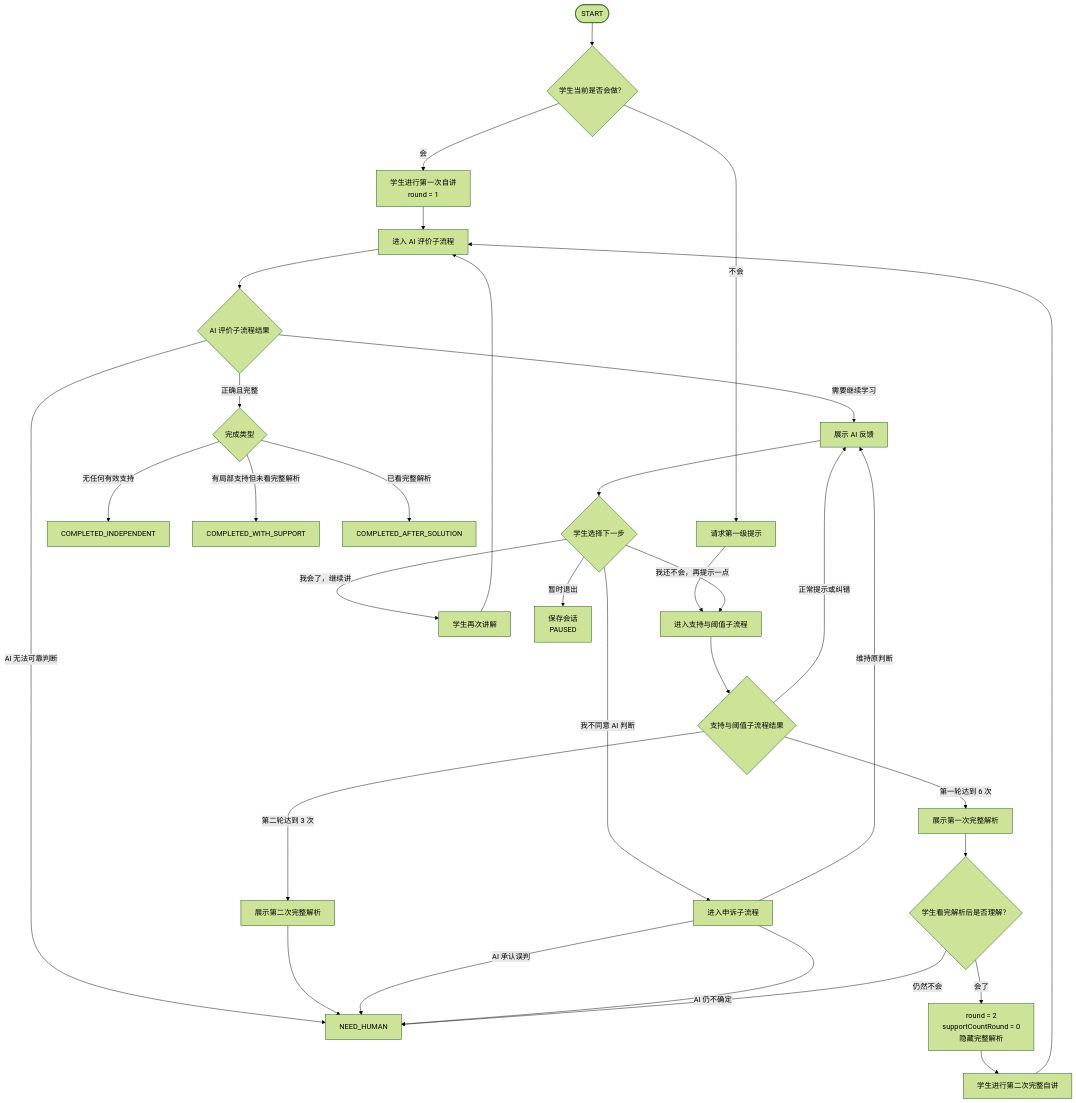
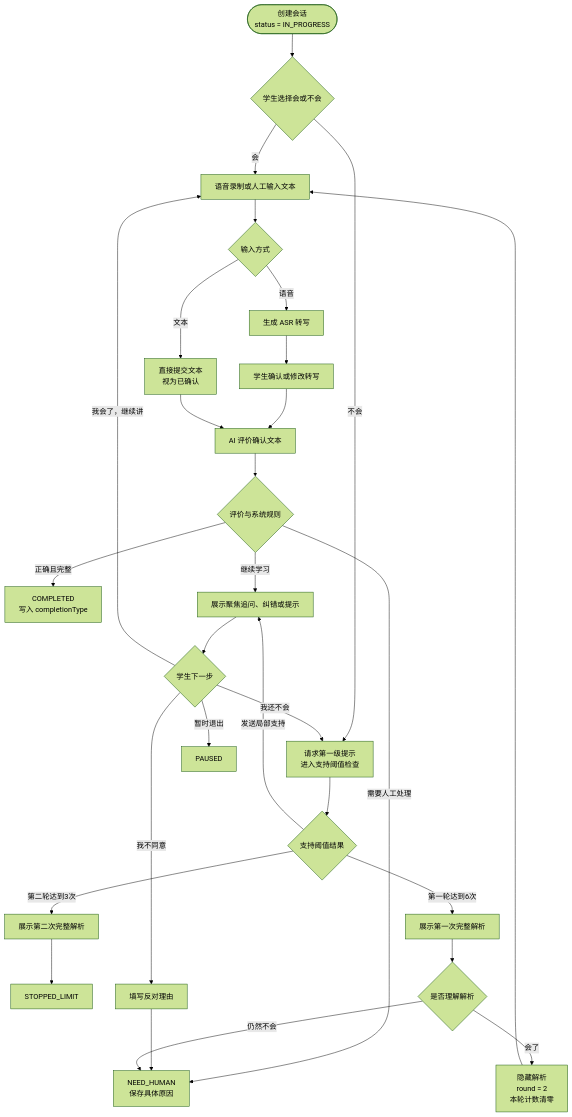
One commit to hefenghuayux/AI_self_explain changed the first of 2 diagrams in docs/AI自讲Demo流程设计.md. Above: the diagram before and after it, drawn with Mermaid (forest theme). The commit also changed other lines of this file and 20 other files, not shown here.

````diff
--- a/docs/AI自讲Demo流程设计.md
+++ b/docs/AI自讲Demo流程设计.md
@@ -47,43 +156,36 @@
 ```mermaid
 flowchart TD
-    START(["START"]) --> INIT_CHOICE{"学生当前是否会做？"}
+    START(["创建会话<br/>status = IN_PROGRESS"]) --> INIT{"学生选择会或不会"}
+    INIT -- "会" --> INPUT["语音录制或人工输入文本"]
+    INIT -- "不会" --> FIRST_HINT["请求第一级提示<br/>进入支持阈值检查"]
 
-    INIT_CHOICE -- "会" --> EXPLAIN["学生进行第一次自讲<br/>round = 1"]
-    INIT_CHOICE -- "不会" --> REQUEST_HINT["请求第一级提示"]
+    INPUT --> MODE{"输入方式"}
+    MODE -- "语音" --> ASR["生成 ASR 转写"]
+    ASR --> CONFIRM["学生确认或修改转写"]
+    MODE -- "文本" --> TEXT_CONFIRM["直接提交文本<br/>视为已确认"]
+    CONFIRM --> EVAL["AI 评价确认文本"]
+    TEXT_CONFIRM --> EVAL
 
-    EXPLAIN --> AI_FLOW["进入 AI 评价子流程"]
-    REQUEST_HINT --> SUPPORT_FLOW["进入支持与阈值子流程"]
+    EVAL --> RESULT{"评价与系统规则"}
+    RESULT -- "正确且完整" --> COMPLETED["COMPLETED<br/>写入 completionType"]
+    RESULT -- "继续学习" --> REPLY["展示聚焦追问、纠错或提示"]
+    RESULT -- "需要人工处理" --> NEED_HUMAN["NEED_HUMAN<br/>保存具体原因"]
 
-    AI_FLOW --> AI_RESULT{"AI 评价子流程结果"}
+    FIRST_HINT --> SUPPORT{"支持阈值结果"}
+    SUPPORT -- "发送局部支持" --> REPLY
+    SUPPORT -- "第一轮达到6次" --> FULL_1["展示第一次完整解析"]
+    SUPPORT -- "第二轮达到3次" --> FULL_2["展示第二次完整解析"]
+    FULL_2 --> STOPPED["STOPPED_LIMIT"]
 
-    AI_RESULT -- "正确且完整" --> COMPLETE_TYPE{"完成类型"}
-    COMPLETE_TYPE -- "无任何有效支持" --> COMPLETE_INDEPENDENT["COMPLETED_INDEPENDENT"]
-    COMPLETE_TYPE -- "有局部支持但未看完整解析" --> COMPLETE_SUPPORT["COMPLETED_WITH_SUPPORT"]
-    COMPLETE_TYPE -- "已看完整解析" --> COMPLETE_SOLUTION["COMPLETED_AFTER_SOLUTION"]
+    REPLY --> ACTION{"学生下一步"}
+    ACTION -- "我会了，继续讲" --> INPUT
+    ACTION -- "我还不会" --> FIRST_HINT
+    ACTION -- "我不同意" --> REASON["填写反对理由"]
+    REASON --> NEED_HUMAN
+    ACTION -- "暂时退出" --> PAUSED["PAUSED"]
 
-    AI_RESULT -- "AI 无法可靠判断" --> NEED_HUMAN["NEED_HUMAN"]
-    AI_RESULT -- "需要继续学习" --> MODEL_REPLY["展示 AI 反馈"]
-
-    SUPPORT_FLOW --> SUPPORT_RESULT{"支持与阈值子流程结果"}
-    SUPPORT_RESULT -- "正常提示或纠错" --> MODEL_REPLY
-    SUPPORT_RESULT -- "第一轮达到 6 次" --> FULL_SOLUTION_1["展示第一次完整解析"]
-    SUPPORT_RESULT -- "第二轮达到 3 次" --> FULL_SOLUTION_2["展示第二次完整解析"]
-    FULL_SOLUTION_2 --> NEED_HUMAN
-
-    MODEL_REPLY --> STUDENT_ACTION{"学生选择下一步"}
-    STUDENT_ACTION -- "我会了，继续讲" --> EXPLAIN_AGAIN["学生再次讲解"]
-    EXPLAIN_AGAIN --> AI_FLOW
-    STUDENT_ACTION -- "我还不会，再提示一点" --> SUPPORT_FLOW
-    STUDENT_ACTION -- "我不同意 AI 判断" --> DISPUTE_FLOW["进入申诉子流程"]
-    STUDENT_ACTION -- "暂时退出" --> PAUSED["保存会话<br/>PAUSED"]
-
-    DISPUTE_FLOW -- "维持原判断" --> MODEL_REPLY
-    DISPUTE_FLOW -- "AI 承认误判" --> NEED_HUMAN
-    DISPUTE_FLOW -- "AI 仍不确定" --> NEED_HUMAN
-
-    FULL_SOLUTION_1 --> UNDERSTAND{"学生看完解析后是否理解？"}
-    UNDERSTAND -- "会了" --> ROUND_2["round = 2<br/>supportCountRound = 0<br/>隐藏完整解析"]
-    ROUND_2 --> SECOND_EXPLAIN["学生进行第二次完整自讲"]
-    SECOND_EXPLAIN --> AI_FLOW
+    FULL_1 --> UNDERSTAND{"是否理解解析"}
+    UNDERSTAND -- "会了" --> ROUND_2["隐藏解析<br/>round = 2<br/>本轮计数清零"]
+    ROUND_2 --> INPUT
     UNDERSTAND -- "仍然不会" --> NEED_HUMAN
 ```
````
